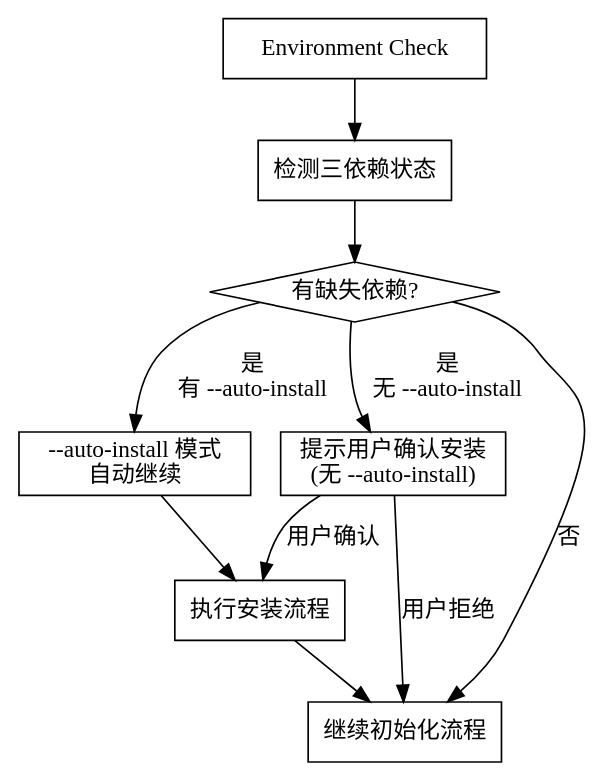
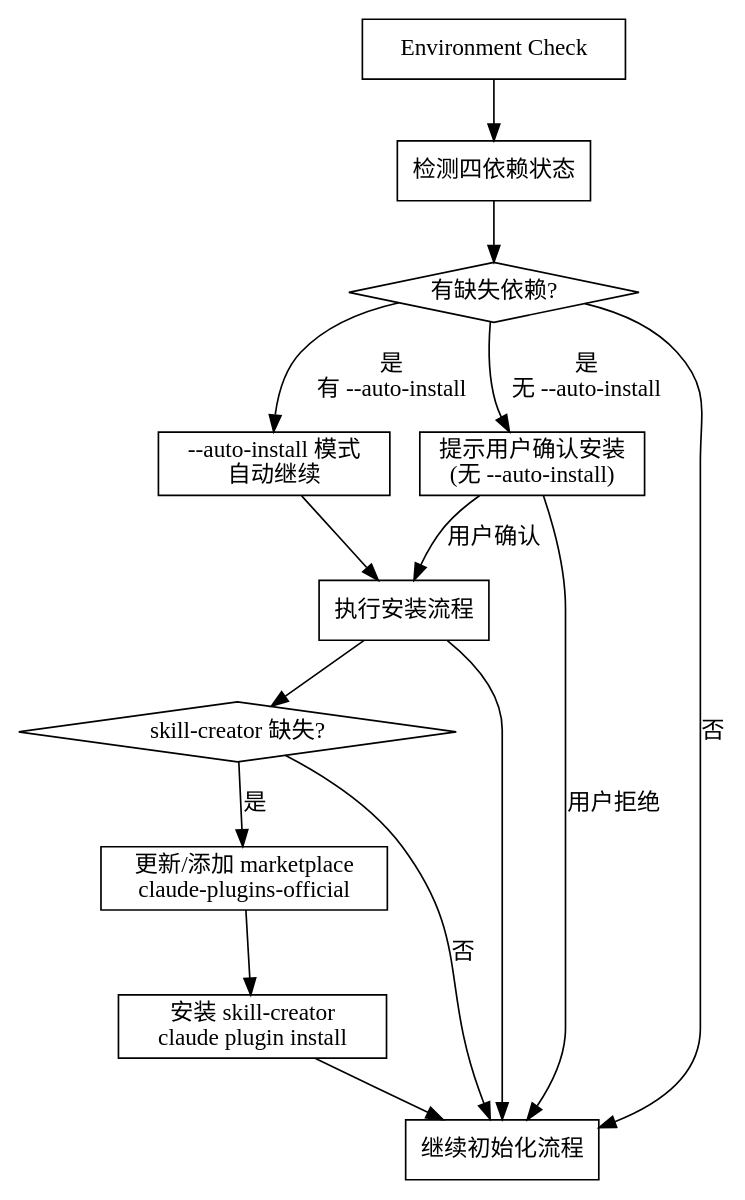
The diagram in skills/ecf-init/SKILL.md (kiraxu2011/EasyCodingFlow), drawn with Graphviz before and after one commit. The commit also changed other lines of this file and 6 other files, not shown here.

````diff
--- a/skills/ecf-init/SKILL.md
+++ b/skills/ecf-init/SKILL.md
@@ -95,22 +98,30 @@
 ```dot
 digraph auto_install {
     rankdir=TB;
     start [label="Environment Check", shape=box];
-    detect [label="检测三依赖状态", shape=box];
+    detect [label="检测四依赖状态", shape=box];
     missing [label="有缺失依赖?", shape=diamond];
     auto [label="--auto-install 模式\n自动继续", shape=box];
     prompt [label="提示用户确认安装\n(无 --auto-install)", shape=box];
     install [label="执行安装流程", shape=box];
+    check_sc [label="skill-creator 缺失?", shape=diamond];
+    update_mkt [label="更新/添加 marketplace\nclaude-plugins-official", shape=box];
+    install_sc [label="安装 skill-creator\nclaude plugin install", shape=box];
     proceed [label="继续初始化流程", shape=box];
 
     start -> detect;
     detect -> missing;
     missing -> auto [label="是\n有 --auto-install"];
     missing -> prompt [label="是\n无 --auto-install"];
     missing -> proceed [label="否"];
     auto -> install;
     prompt -> install [label="用户确认"];
     prompt -> proceed [label="用户拒绝"];
+    install -> check_sc;
+    check_sc -> update_mkt [label="是"];
+    check_sc -> proceed [label="否"];
+    update_mkt -> install_sc;
+    install_sc -> proceed;
     install -> proceed;
 }
 ```
````
